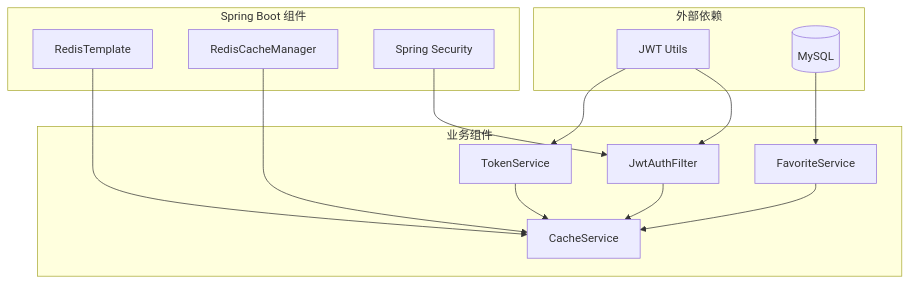
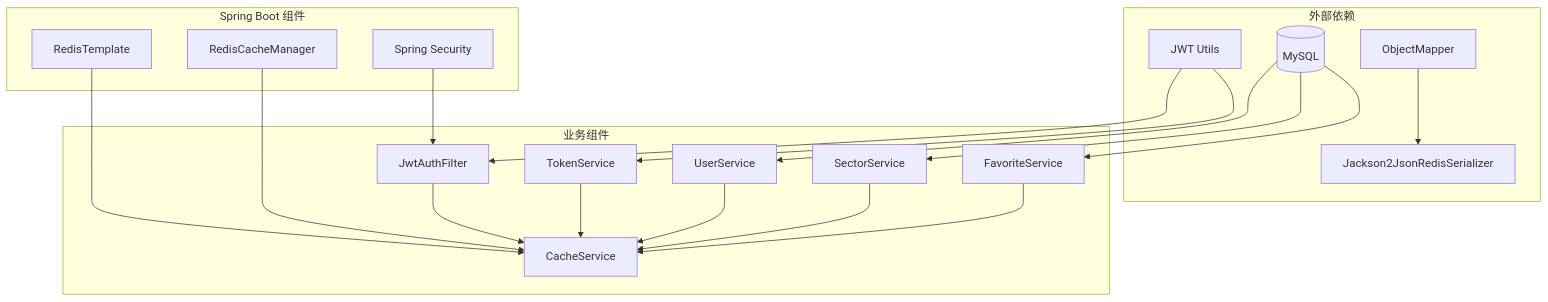
Diagram 16 of 20 in .qoder/repowiki/zh/content/缓存与性能优化/Redis 缓存策略.md (PersonNoName/FreeTrader), drawn with Mermaid before and after one commit. The commit also changed other lines of this file and 10 other files, not shown here.

````diff
--- a/.qoder/repowiki/zh/content/缓存与性能优化/Redis 缓存策略.md
+++ b/.qoder/repowiki/zh/content/缓存与性能优化/Redis 缓存策略.md
@@ -398,27 +498,36 @@
 ```mermaid
 graph TB
 subgraph "外部依赖"
 JWT[JWT Utils]
 MySQL[(MySQL)]
+ObjectMapper[ObjectMapper]
+Jackson[Jackson2JsonRedisSerializer]
 end
 subgraph "Spring Boot 组件"
 RT[RedisTemplate]
 RCM[RedisCacheManager]
 SEC[Spring Security]
 end
 subgraph "业务组件"
 CS[CacheService]
 TS[TokenService]
 FS[FavoriteService]
 JAF[JwtAuthFilter]
+SS[SectorService]
+US[UserService]
 end
 JWT --> TS
 JWT --> JAF
 MySQL --> FS
+MySQL --> SS
+MySQL --> US
+ObjectMapper --> Jackson
 RT --> CS
 RCM --> CS
 SEC --> JAF
 TS --> CS
 FS --> CS
+SS --> CS
+US --> CS
 JAF --> CS
 ```
````
